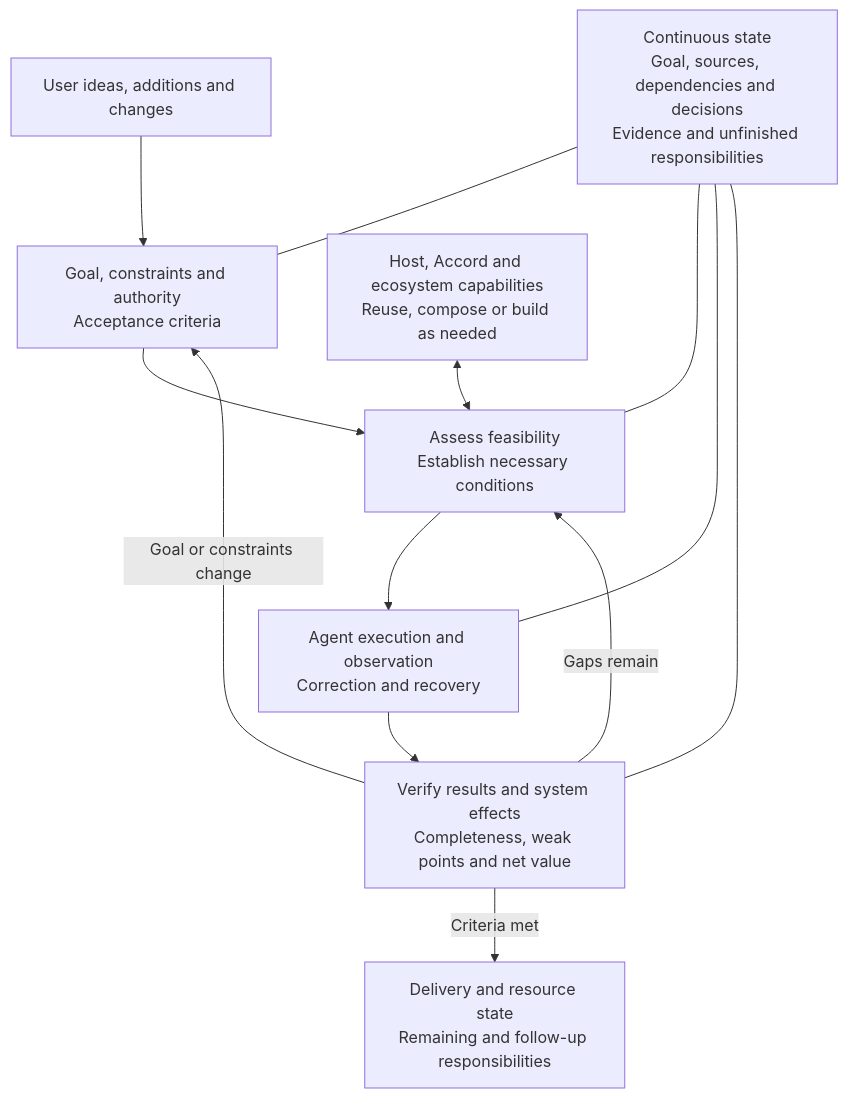
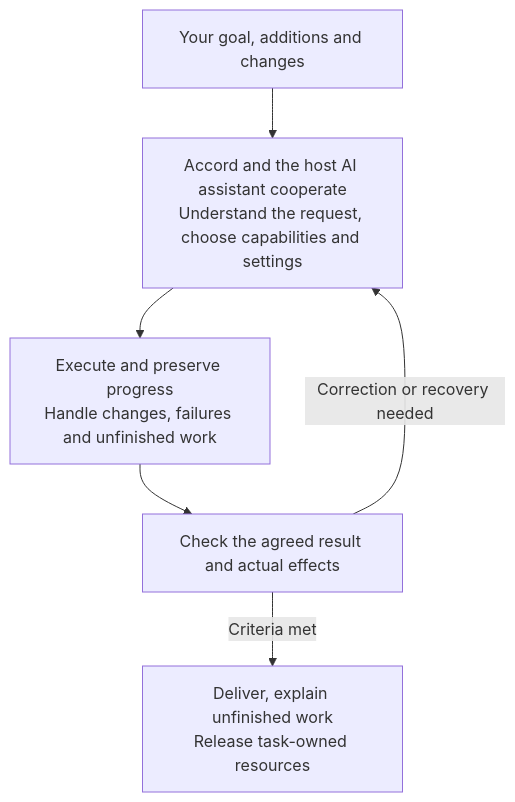
One commit to yiheng8023/YIYUAN-Accord changed the diagram in README.md. Above: the diagram before and after it, drawn with Mermaid. The commit also changed other lines of this file and 8 other files, not shown here.

````diff
--- a/README.md
+++ b/README.md
@@ -68,15 +47,8 @@
 ```mermaid
 flowchart TD
-    U["User ideas, additions and changes"] --> T["Goal, constraints and authority<br/>Acceptance criteria"]
-    T --> C["Assess feasibility<br/>Establish necessary conditions"]
-    H["Host, Accord and ecosystem capabilities<br/>Reuse, compose or build as needed"] <--> C
-    C --> E["Agent execution and observation<br/>Correction and recovery"]
-    E --> V["Verify results and system effects<br/>Completeness, weak points and net value"]
-    V -->|Gaps remain| C
-    V -->|Goal or constraints change| T
-    V -->|Criteria met| R["Delivery and resource state<br/>Remaining and follow-up responsibilities"]
-    S["Continuous state<br/>Goal, sources, dependencies and decisions<br/>Evidence and unfinished responsibilities"] --- T
-    S --- C
-    S --- E
-    S --- V
+    U["Your goal, additions and changes"] --> A["Accord and the host AI assistant cooperate<br/>Understand the request, choose capabilities and settings"]
+    A --> E["Execute and preserve progress<br/>Handle changes, failures and unfinished work"]
+    E --> V["Check the agreed result and actual effects"]
+    V -->|Correction or recovery needed| A
+    V -->|Criteria met| R["Deliver, explain unfinished work<br/>Release task-owned resources"]
 ```
````
